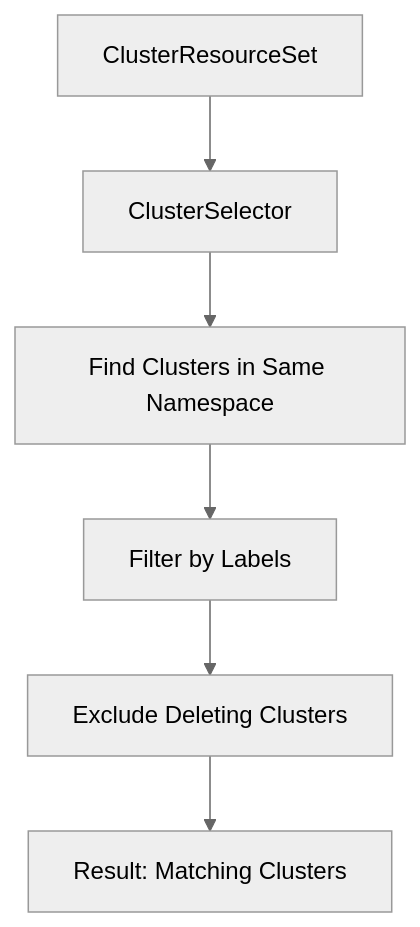
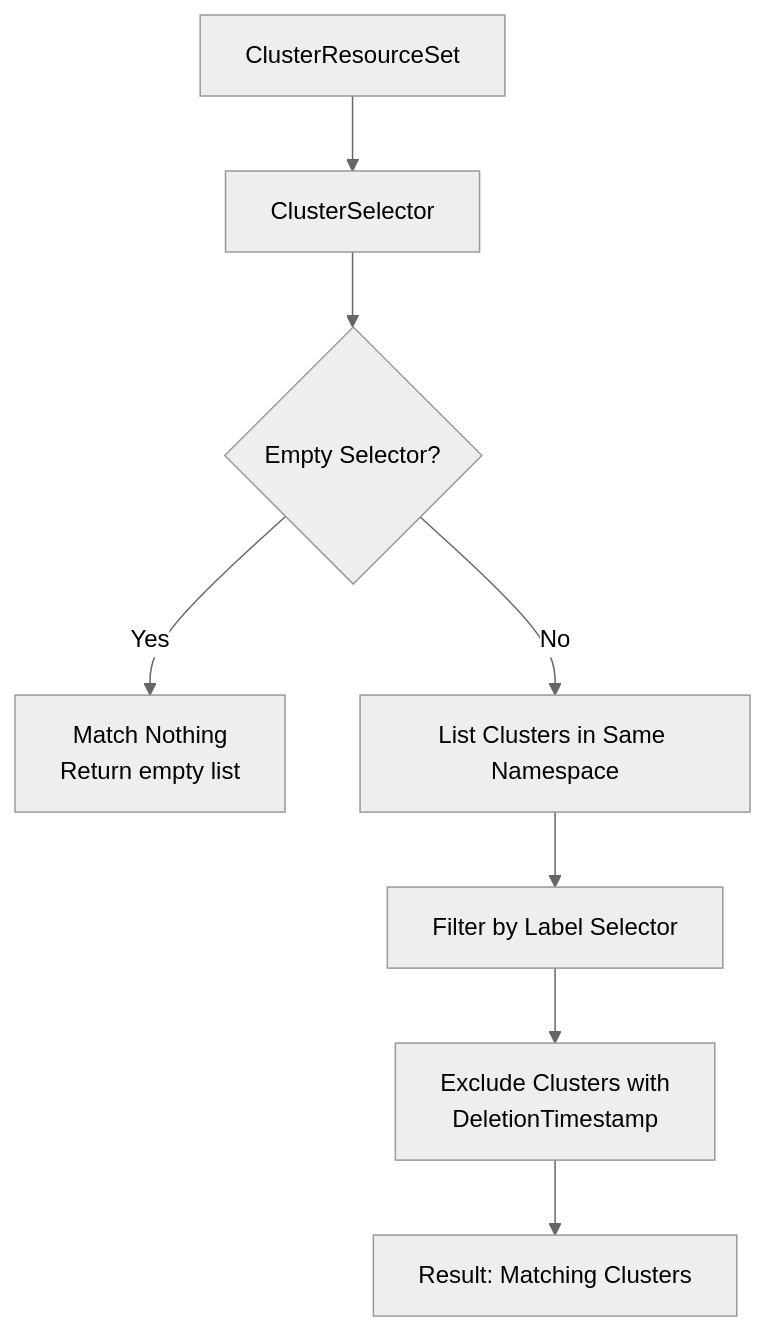
Before and after one commit to seanyen/cluster-api: the ninth of 9 diagrams in ai-gen/internal/controllers/clusterresourceset_controller.md, drawn with Mermaid (neutral theme). The commit also changed other lines of this file, not shown here.

````diff
--- a/ai-gen/internal/controllers/clusterresourceset_controller.md
+++ b/ai-gen/internal/controllers/clusterresourceset_controller.md
@@ -205,8 +306,10 @@
 ```mermaid
 flowchart TD
     A[ClusterResourceSet] --> B[ClusterSelector]
-    B --> C[Find Clusters in Same Namespace]
-    C --> D[Filter by Labels]
-    D --> E[Exclude Deleting Clusters]
-    E --> F[Result: Matching Clusters]
+    B --> C{Empty Selector?}
+    C -->|Yes| D[Match Nothing<br/>Return empty list]
+    C -->|No| E[List Clusters in Same Namespace]
+    E --> F[Filter by Label Selector]
+    F --> G[Exclude Clusters with<br/>DeletionTimestamp]
+    G --> H[Result: Matching Clusters]
 ```
````
